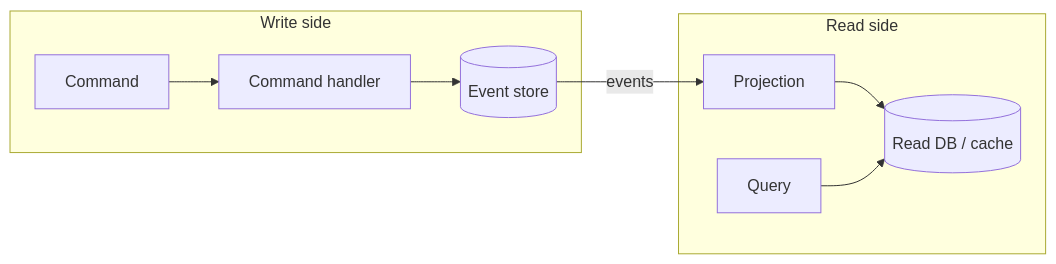
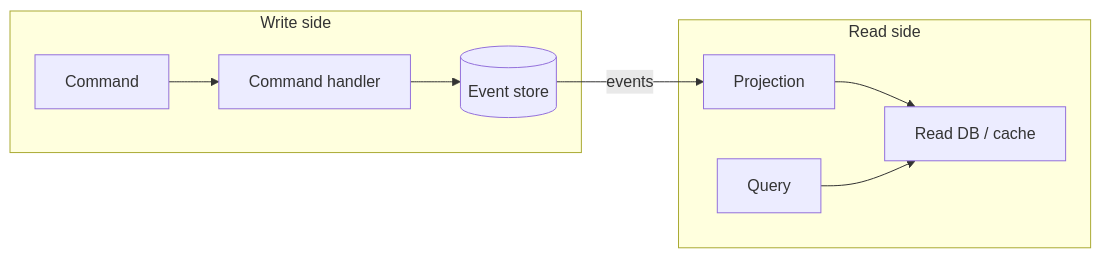
The third of 6 diagrams in docs/advanced/event_sourcing_cqrs.md (spawn08/system-design-interview), drawn with Mermaid before and after one commit. The commit also changed other lines of this file and 1740 other files, not shown here.

First line of the commit message:
Add new Mermaid diagrams for consensus algorithms and data consistency models

````diff
--- a/docs/advanced/event_sourcing_cqrs.md
+++ b/docs/advanced/event_sourcing_cqrs.md
@@ -90,12 +90,12 @@
 ```mermaid
 flowchart LR
-    subgraph Write side
+    subgraph ws["Write side"]
         CMD[Command] --> H[Command handler]
         H --> ES[(Event store)]
     end
-    subgraph Read side
-        PROJ[Projection] --> RM[(Read DB / cache)]
+    subgraph rs["Read side"]
+        PROJ[Projection] --> RM["Read DB / cache"]
         Q[Query] --> RM
     end
     ES -->|events| PROJ
 ```
````
